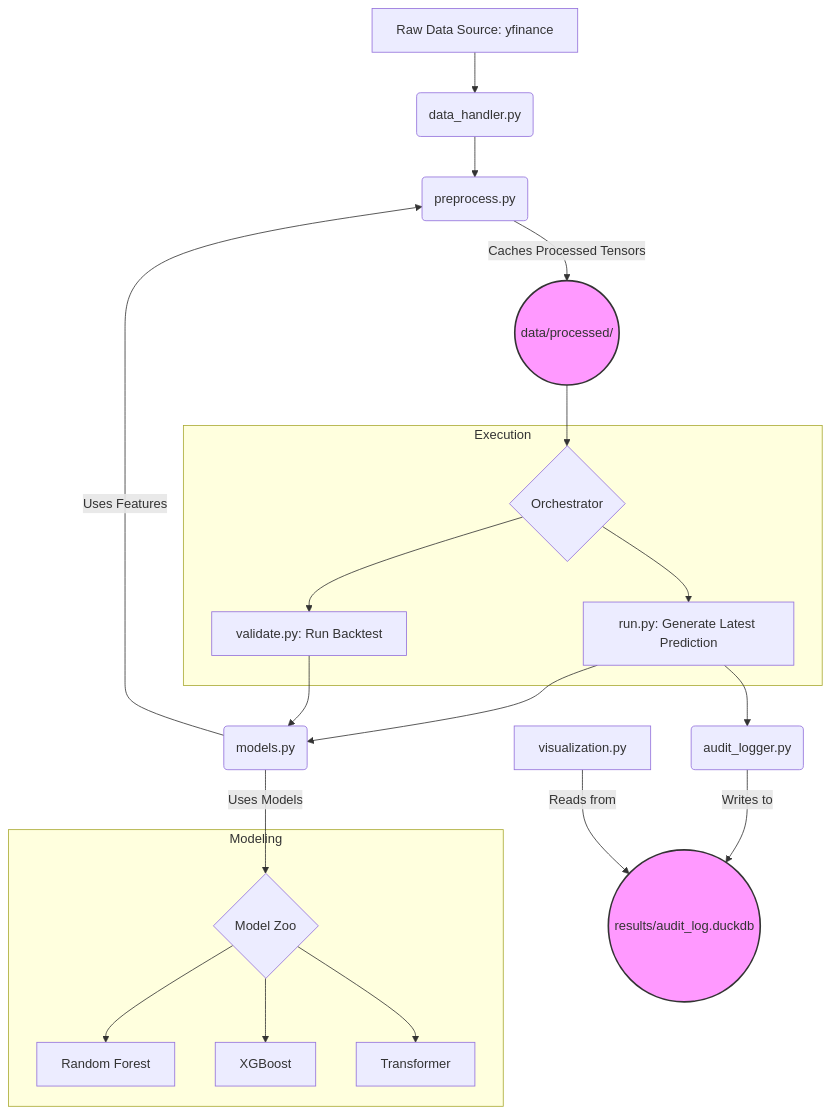
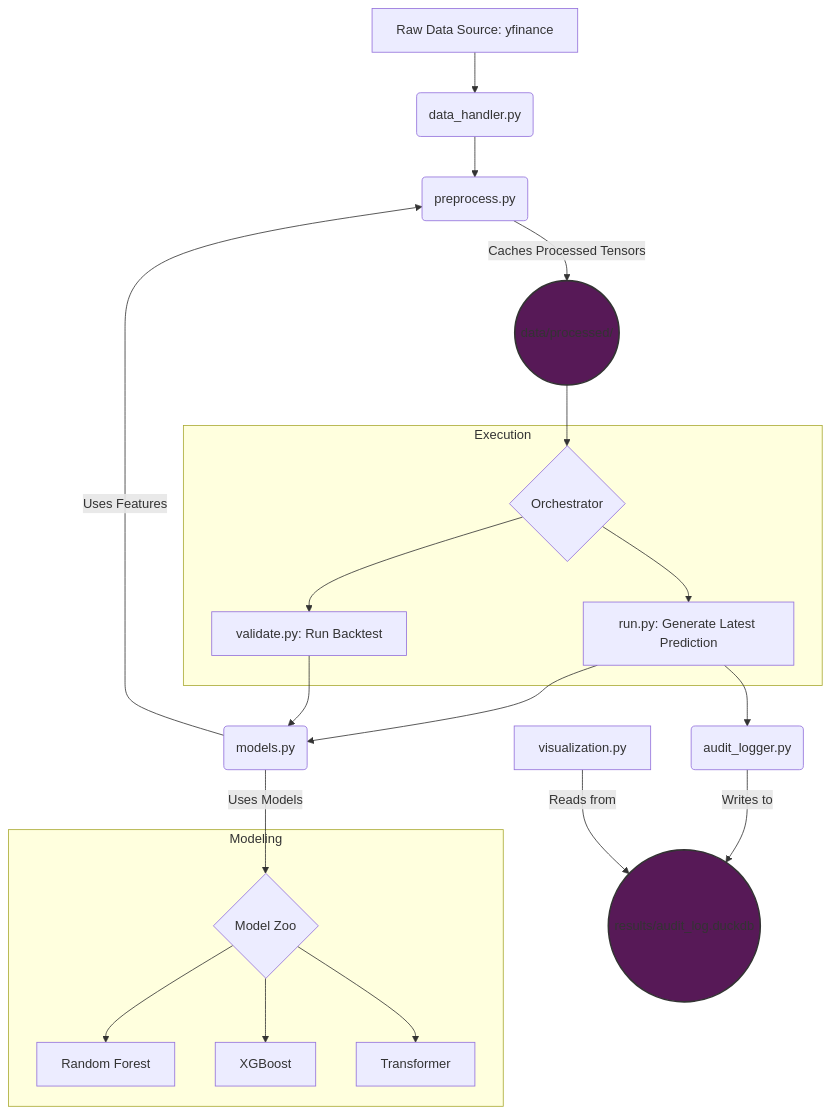
Before and after one commit to cmlpolymath/Notebooks: the diagram in Stocks/flint/README.md, drawn with Mermaid.

Commit message:
PATRICK, WE WENT OVER THIS. CHECK WHAT COPILOT PRODUCES FIRST.

````diff
--- a/Stocks/flint/README.md
+++ b/Stocks/flint/README.md
@@ -154,26 +154,26 @@
 ```mermaid
 graph TD
     A[Raw Data Source: yfinance] --> B(data_handler.py);
     B --> C(preprocess.py);
     C -- Caches Processed Tensors --> D((data/processed/));
     D --> E{Orchestrator};
     subgraph "Execution"
         E --> F[run.py: Generate Latest Prediction];
         E --> G[validate.py: Run Backtest];
     end
     F --> H(models.py);
     G --> H;
     H -- Uses Features --> C;
     H -- Uses Models --> I{Model Zoo};
     subgraph "Modeling"
         I --> J[Random Forest];
         I --> K[XGBoost];
         I --> L[Transformer];
     end
     F --> M(audit_logger.py);
     M -- Writes to --> N((results/audit_log.duckdb));
     O[visualization.py] -- Reads from --> N;
 
-    style D fill:#f9f,stroke:#333,stroke-width:2px
-    style N fill:#f9f,stroke:#333,stroke-width:2px
+    style D fill:#571957,stroke:#333,stroke-width:2px
+    style N fill:#571957,stroke:#333,stroke-width:2px
 ```
````
